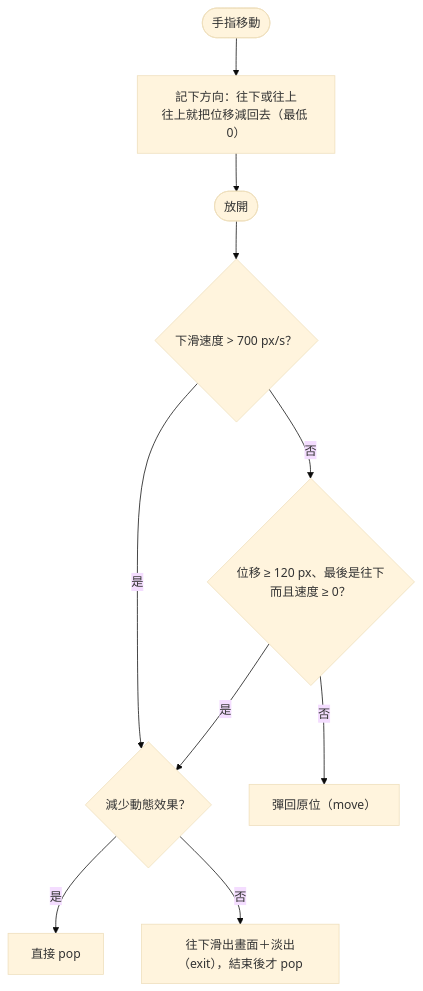
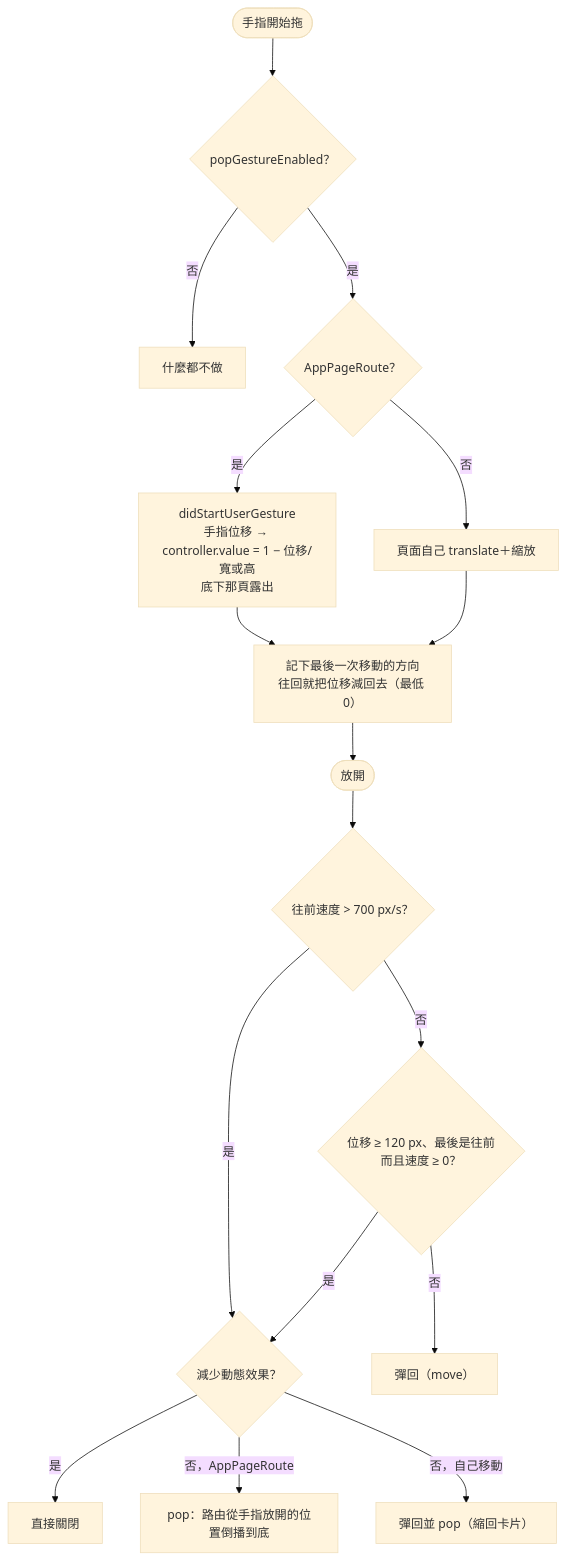
Before and after one commit to octofield/URniversity: the eighth of 23 diagrams in docs/system_design.md, drawn with Mermaid (base theme). The commit also changed other lines of this file and 67 other files, not shown here.

````diff
--- a/docs/system_design.md
+++ b/docs/system_design.md
@@ -1249,12 +1305,19 @@
 ```mermaid
 flowchart TD
-    Drag(["手指移動"]) --> Dir["記下方向：往下或往上\n往上就把位移減回去（最低 0）"]
+    Start(["手指開始拖"]) --> Gate{"popGestureEnabled？"}
+    Gate -->|否| None["什麼都不做"]
+    Gate -->|是| Route{"AppPageRoute？"}
+    Route -->|是| Drive["didStartUserGesture\n手指位移 → controller.value = 1 − 位移/寬或高\n底下那頁露出"]
+    Route -->|否| Self["頁面自己 translate＋縮放"]
+    Drive --> Dir["記下最後一次移動的方向\n往回就把位移減回去（最低 0）"]
+    Self --> Dir
     Dir --> Up(["放開"])
-    Up --> V{"下滑速度 > 700 px/s？"}
+    Up --> V{"往前速度 > 700 px/s？"}
     V -->|是| Close
-    V -->|否| T{"位移 ≥ 120 px、最後是往下\n而且速度 ≥ 0？"}
+    V -->|否| T{"位移 ≥ 120 px、最後是往前\n而且速度 ≥ 0？"}
     T -->|是| Close{"減少動態效果？"}
-    T -->|否| Back["彈回原位（move）"]
-    Close -->|是| Pop["直接 pop"]
-    Close -->|否| Leave["往下滑出畫面＋淡出（exit），結束後才 pop"]
+    T -->|否| Back["彈回（move）"]
+    Close -->|是| Pop["直接關閉"]
+    Close -->|否，AppPageRoute| Rev["pop：路由從手指放開的位置倒播到底"]
+    Close -->|否，自己移動| Shrink["彈回並 pop（縮回卡片）"]
 ```
````
